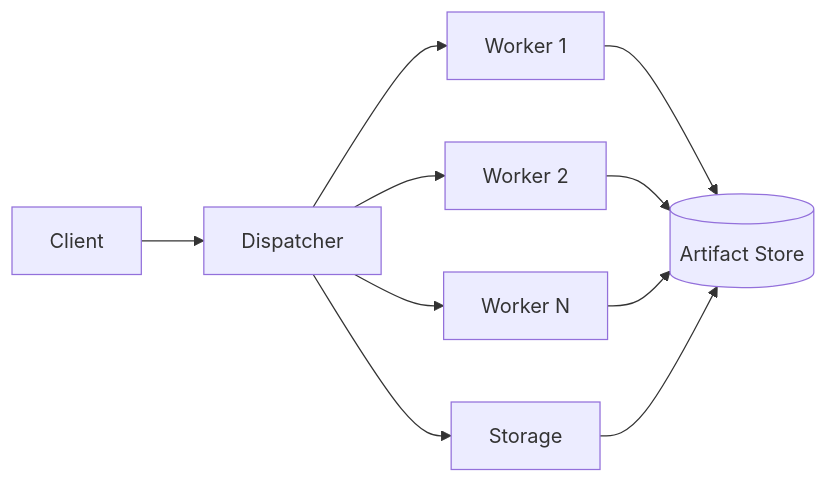
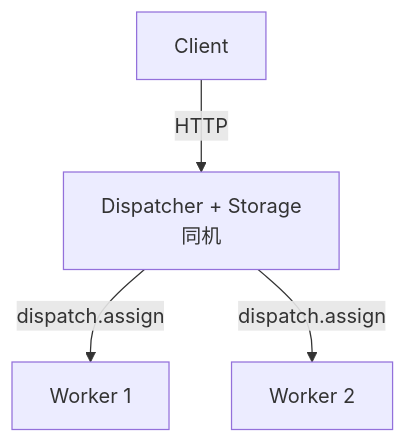
The eighth of 10 diagrams in V31design/designV31/DESIGN_ARCH_V31.md (RESBI/StockStatistic), drawn with Mermaid before and after one commit. The commit also changed other lines of this file and 475 other files, not shown here.

First line of the commit message:
V3.1 design: finalize architecture docs + implementation reports

````diff
--- a/V31design/designV31/DESIGN_ARCH_V31.md
+++ b/V31design/designV31/DESIGN_ARCH_V31.md
@@ -445,12 +535,6 @@
 ```mermaid
-graph LR
-    C[Client] --> D[Dispatcher]
-    D --> S[Storage]
-    D --> W1[Worker 1]
-    D --> W2[Worker 2]
-    D --> WN[Worker N]
-    W1 --> A[(Artifact Store)]
-    W2 --> A
-    WN --> A
-    S --> A
+graph TB
+    I[Client] -->|HTTP| D[Dispatcher + Storage<br/>同机]
+    D -->|dispatch.assign| W1[Worker 1]
+    D -->|dispatch.assign| W2[Worker 2]
 ```
````
